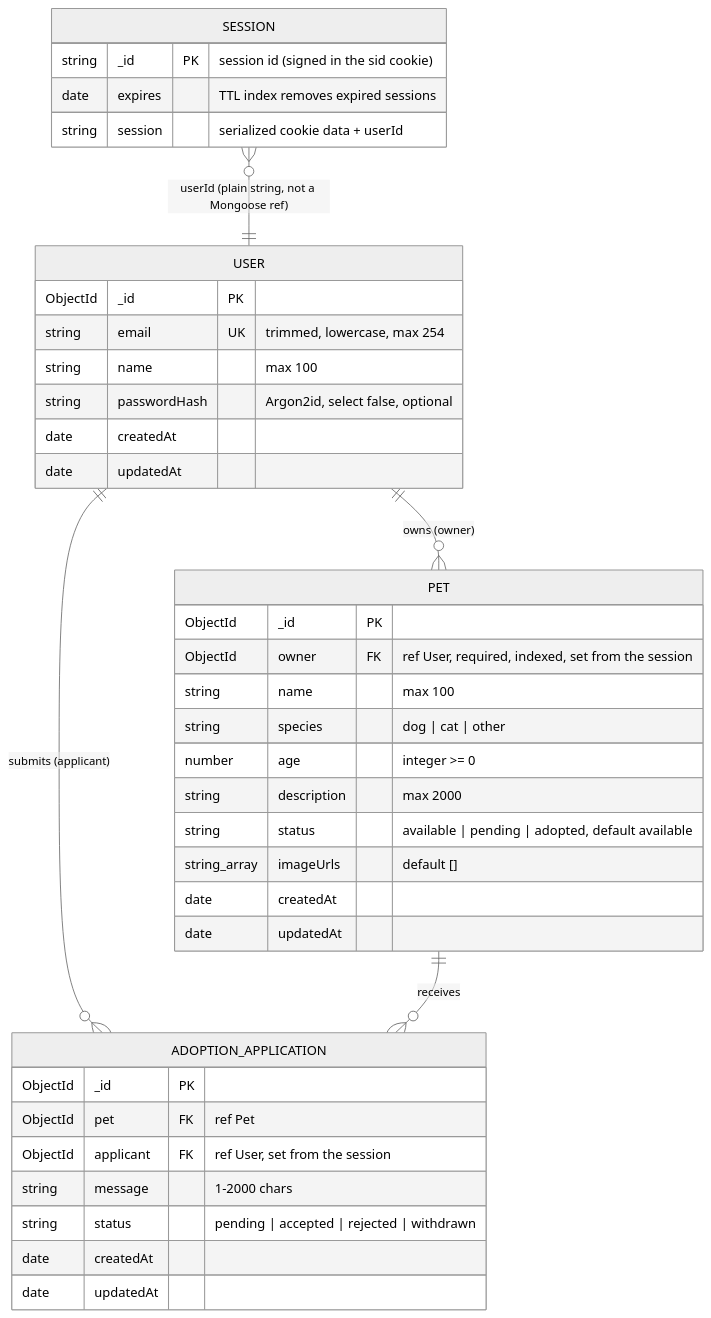
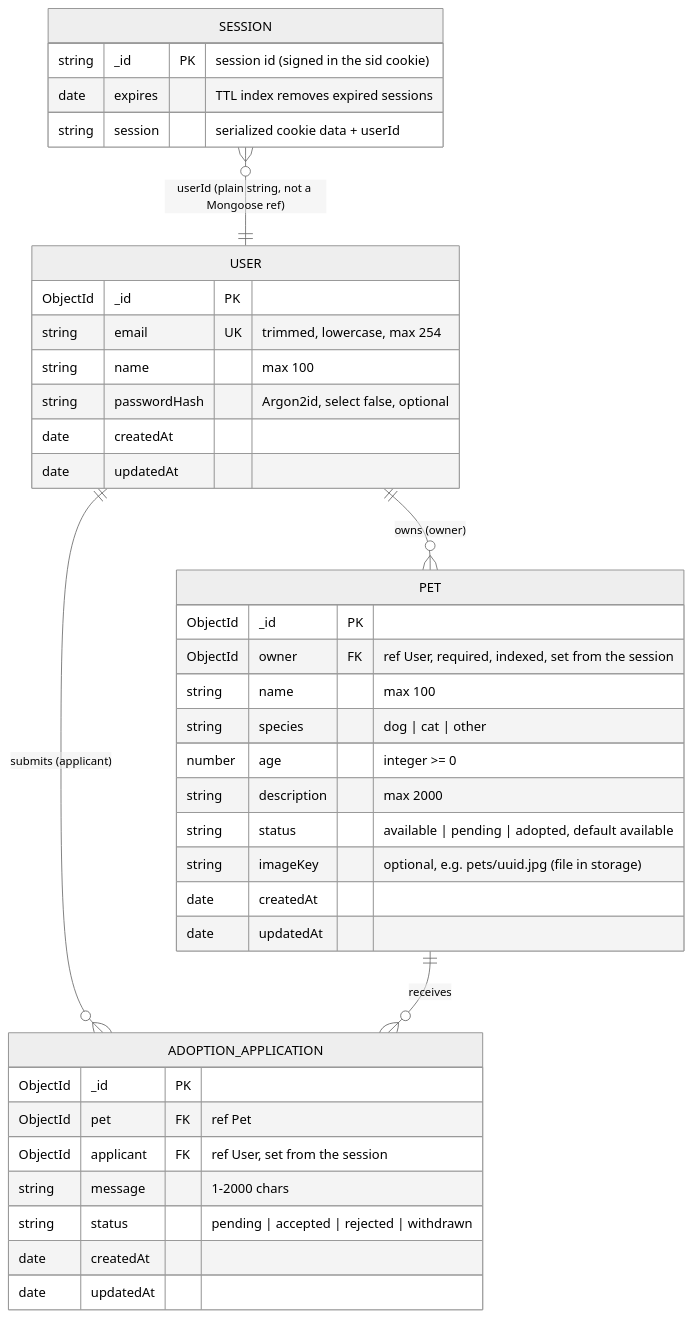
One commit to BojanSovtic/pet-adoption-system changed the sixth of 9 diagrams in docs/architecture.md. Above: the diagram before and after it, drawn with Mermaid (neutral theme). The commit also changed other lines of this file and 43 other files, not shown here.

````diff
--- a/docs/architecture.md
+++ b/docs/architecture.md
@@ -202,41 +210,41 @@
 ```mermaid
 erDiagram
   USER {
     ObjectId _id PK
     string email UK "trimmed, lowercase, max 254"
     string name "max 100"
     string passwordHash "Argon2id, select false, optional"
     date createdAt
     date updatedAt
   }
   PET {
     ObjectId _id PK
     ObjectId owner FK "ref User, required, indexed, set from the session"
     string name "max 100"
     string species "dog | cat | other"
     number age "integer >= 0"
     string description "max 2000"
     string status "available | pending | adopted, default available"
-    string_array imageUrls "default []"
+    string imageKey "optional, e.g. pets/uuid.jpg (file in storage)"
     date createdAt
     date updatedAt
   }
   SESSION {
     string _id PK "session id (signed in the sid cookie)"
     date expires "TTL index removes expired sessions"
     string session "serialized cookie data + userId"
   }
   ADOPTION_APPLICATION {
     ObjectId _id PK
     ObjectId pet FK "ref Pet"
     ObjectId applicant FK "ref User, set from the session"
     string message "1-2000 chars"
     string status "pending | accepted | rejected | withdrawn"
     date createdAt
     date updatedAt
   }
   USER ||--o{ PET : "owns (owner)"
   USER ||--o{ ADOPTION_APPLICATION : "submits (applicant)"
   PET ||--o{ ADOPTION_APPLICATION : "receives"
   SESSION }o--|| USER : "userId (plain string, not a Mongoose ref)"
 ```
````
